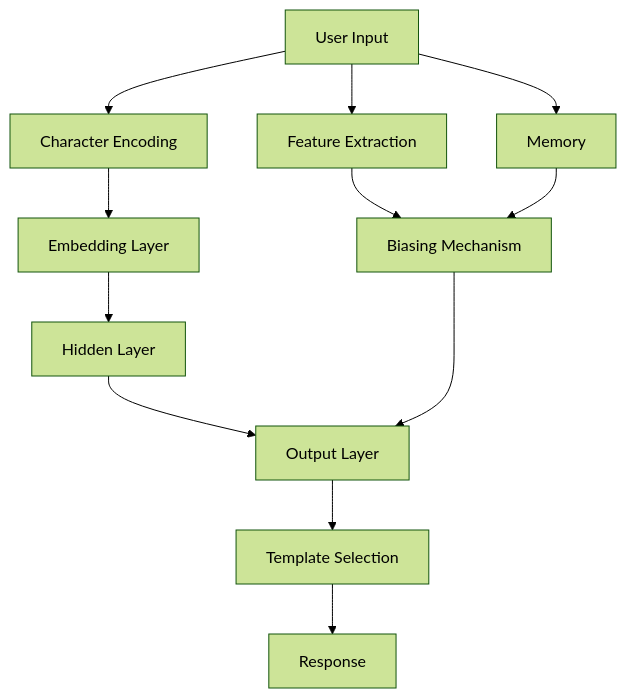
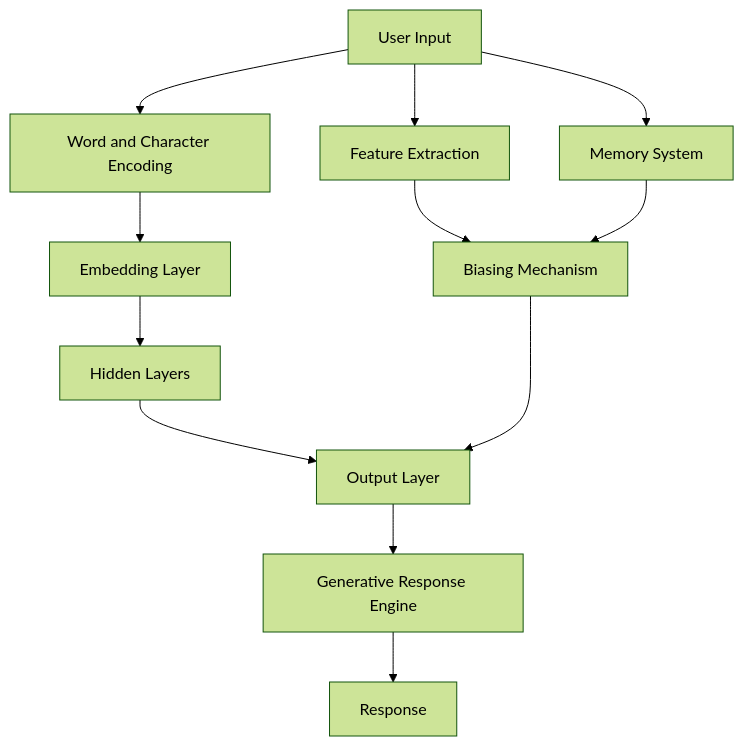
One commit to Kuberwastaken/MiniLMs changed the diagram in README.md. Above: the diagram before and after it, drawn with Mermaid (forest theme). The commit also changed other lines of this file, not shown here.

````diff
--- a/README.md
+++ b/README.md
@@ -431,16 +486,16 @@
 ```mermaid
 graph TD
-    A[User Input] --> B[Character Encoding]
+    A[User Input] --> B[Word and Character Encoding]
     B --> C[Embedding Layer]
-    C --> D[Hidden Layer]
+    C --> D[Hidden Layers]
     D --> E[Output Layer]
-    E --> F[Template Selection]
+    E --> F[Generative Response Engine]
     F --> G[Response]
     
     H[Feature Extraction] --> I[Biasing Mechanism]
     I --> E
     
-    J[Memory] --> I
+    J[Memory System] --> I
     A --> H
     A --> J
 ```
````
